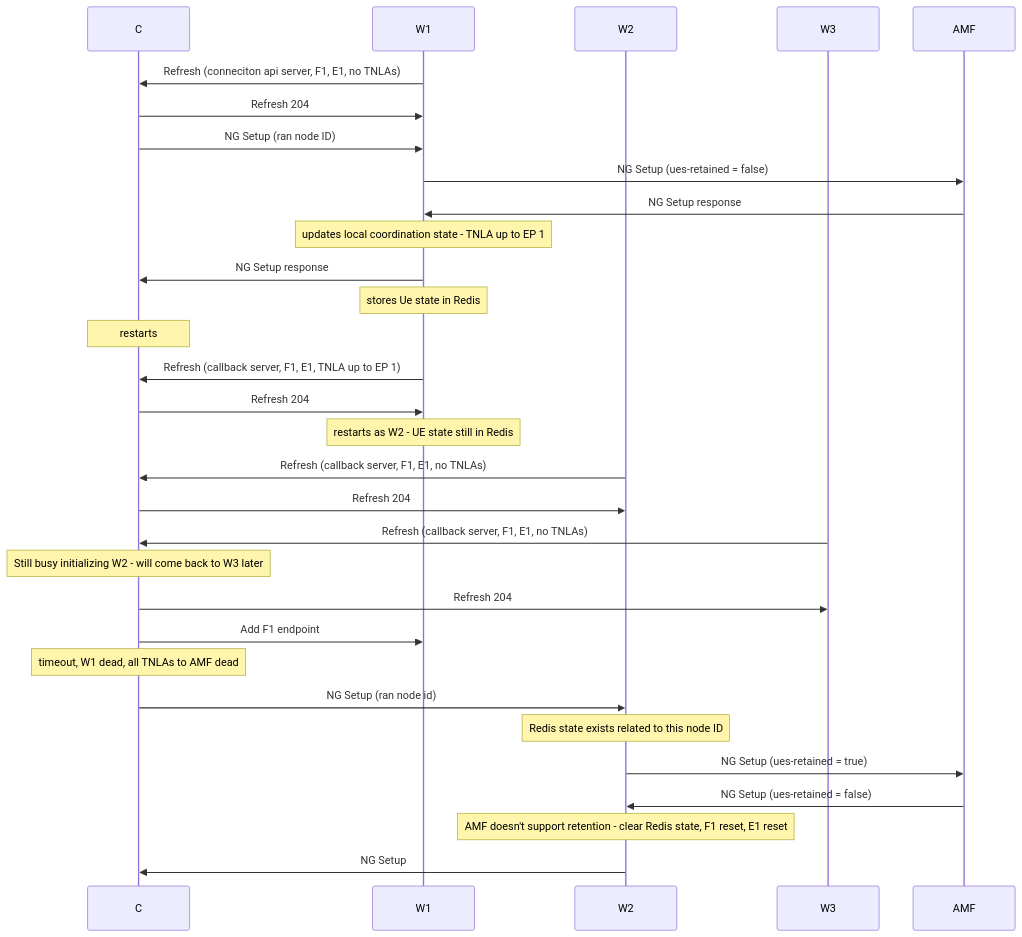
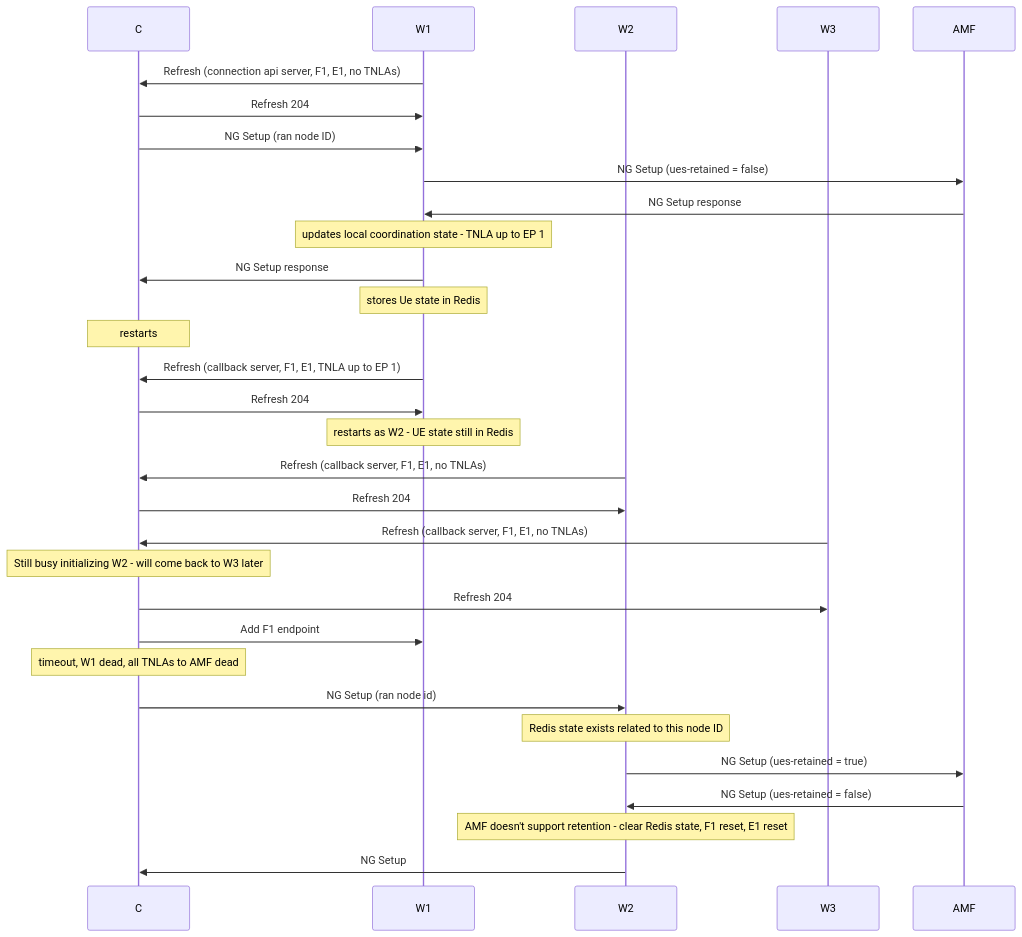
The first of 4 diagrams in documentation/design/Connection Management notes.md (nplrkn/alsoran), drawn with Mermaid before and after one commit. The commit also changed other lines of this file and 8 other files, not shown here.

````diff
--- a/documentation/design/Connection Management notes.md
+++ b/documentation/design/Connection Management notes.md
@@ -126,33 +56,33 @@
 ```mermaid
 sequenceDiagram
   participant C
   participant W1
   participant W2
   participant W3
   participant AMF
-  W1->>C: Refresh (conneciton api server, F1, E1, no TNLAs)
+  W1->>C: Refresh (connection api server, F1, E1, no TNLAs)
   C->>W1: Refresh 204
   C->>W1: NG Setup (ran node ID)
   W1->>AMF: NG Setup (ues-retained = false)
   AMF->>W1: NG Setup response
   note over W1: updates local coordination state - TNLA up to EP 1
   W1->>C: NG Setup response
   note over W1: stores Ue state in Redis
   note over C: restarts 
   W1->>C: Refresh (callback server, F1, E1, TNLA up to EP 1)
   C->>W1: Refresh 204
   note over W1: restarts as W2 - UE state still in Redis
   W2->>C: Refresh (callback server, F1, E1, no TNLAs)
   C->>W2: Refresh 204
   W3->>C: Refresh (callback server, F1, E1, no TNLAs)
   note over C: Still busy initializing W2 - will come back to W3 later
   C->>W3: Refresh 204
   C->>W1: Add F1 endpoint
   note over C: timeout, W1 dead, all TNLAs to AMF dead
   C->>W2: NG Setup (ran node id)
   note over W2: Redis state exists related to this node ID
   W2->>AMF: NG Setup (ues-retained = true)
   AMF->>W2: NG Setup (ues-retained = false)
   note over W2: AMF doesn't support retention - clear Redis state, F1 reset, E1 reset
   W2->>C: NG Setup
 ```
````
